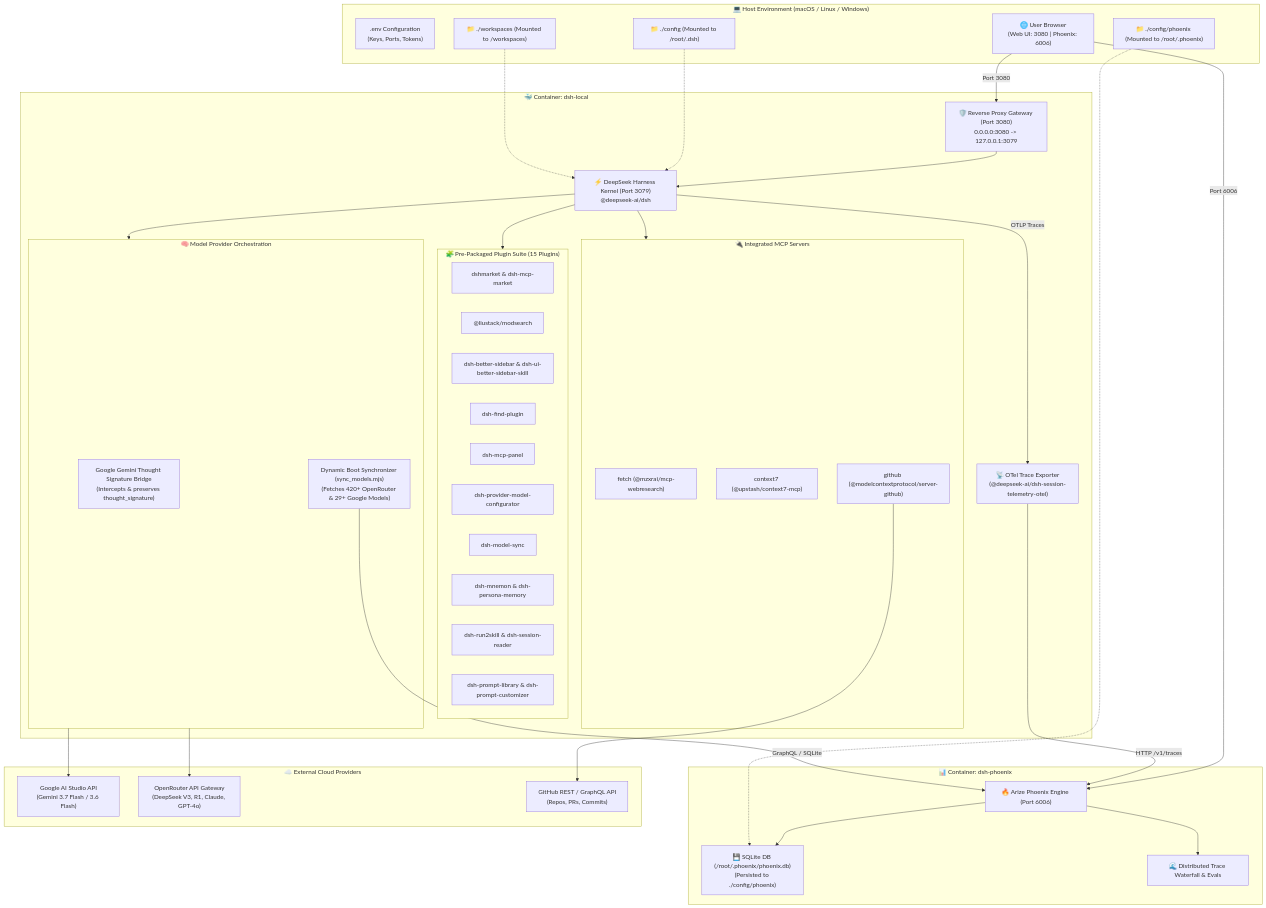
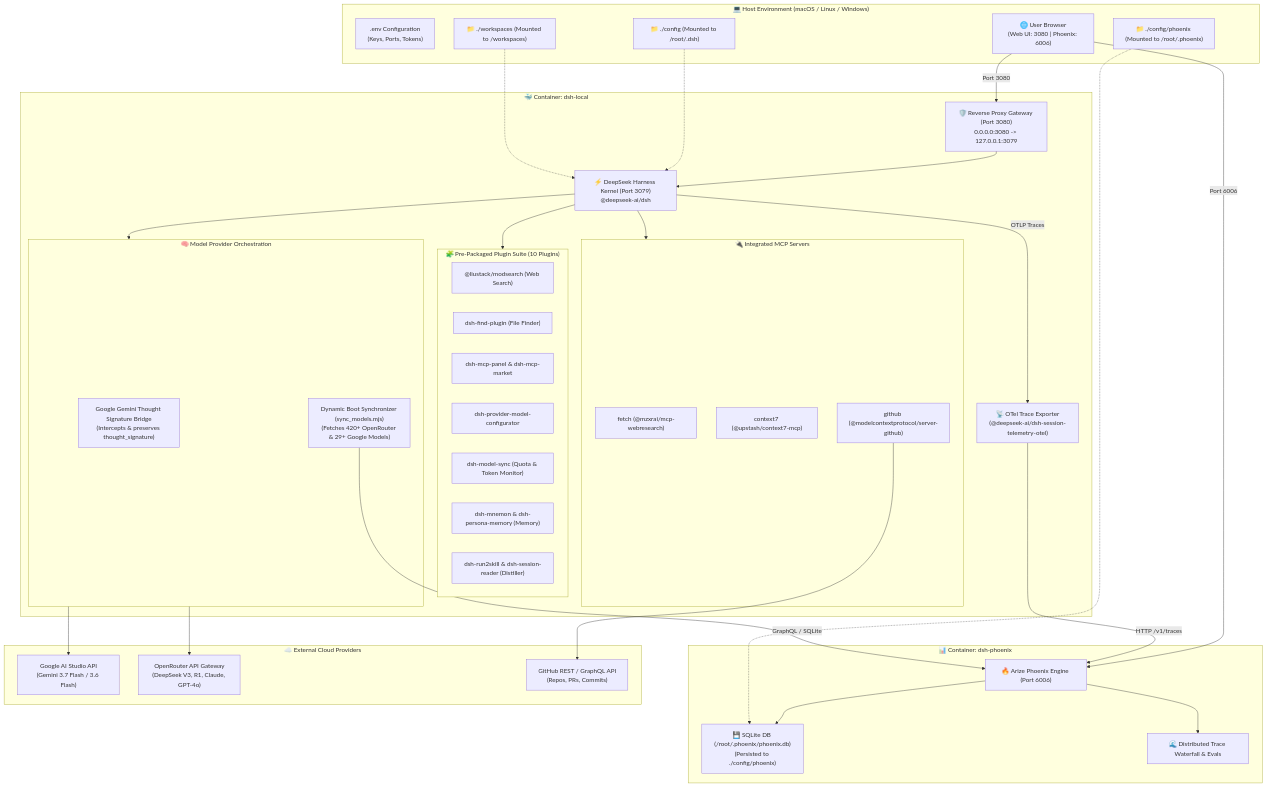
One commit to hdjebar/DSH-DDS changed the diagram in docs/architecture.md. Above: the diagram before and after it, drawn with Mermaid. The commit also changed 5 other files, not shown here.

````diff
--- a/docs/architecture.md
+++ b/docs/architecture.md
@@ -3,74 +3,71 @@
 ```mermaid
 flowchart TD
     subgraph Host ["💻 Host Environment (macOS / Linux / Windows)"]
         ENV[".env Configuration\n(Keys, Ports, Tokens)"]
         VOL_CFG["📁 ./config (Mounted to /root/.dsh)"]
         VOL_PHX["📁 ./config/phoenix (Mounted to /root/.phoenix)"]
         VOL_WS["📁 ./workspaces (Mounted to /workspaces)"]
         BROWSER["🌐 User Browser\n(Web UI: 3080 | Phoenix: 6006)"]
     end
 
     subgraph DSH_Container ["🐳 Container: dsh-local"]
         PROXY["🛡️ Reverse Proxy Gateway (Port 3080)\n0.0.0.0:3080 -> 127.0.0.1:3079"]
         CORE["⚡ DeepSeek Harness Kernel (Port 3079)\n@deepseek-ai/dsh"]
         
-        subgraph Plugins ["🧩 Pre-Packaged Plugin Suite (15 Plugins)"]
-            PLUG_MKT["dshmarket & dsh-mcp-market"]
-            PLUG_SRC["@liustack/modsearch"]
-            PLUG_SIDE["dsh-better-sidebar & dsh-ui-better-sidebar-skill"]
-            PLUG_FIND["dsh-find-plugin"]
-            PLUG_MCP_PNL["dsh-mcp-panel"]
+        subgraph Plugins ["🧩 Pre-Packaged Plugin Suite (10 Plugins)"]
+            PLUG_SRC["@liustack/modsearch (Web Search)"]
+            PLUG_FIND["dsh-find-plugin (File Finder)"]
+            PLUG_MCP_PNL["dsh-mcp-panel & dsh-mcp-market"]
             PLUG_CFG["dsh-provider-model-configurator"]
-            PLUG_SYNC["dsh-model-sync"]
-            PLUG_MNEM["dsh-mnemon & dsh-persona-memory"]
-            PLUG_DISTILL["dsh-run2skill & dsh-session-reader"]
-            PLUG_PROMPT["dsh-prompt-library & dsh-prompt-customizer"]
+            PLUG_SYNC["dsh-model-sync (Quota & Token Monitor)"]
+            PLUG_MNEM["dsh-mnemon & dsh-persona-memory (Memory)"]
+            PLUG_DISTILL["dsh-run2skill & dsh-session-reader (Distiller)"]
         end
 
         subgraph MCP_Servers ["🔌 Integrated MCP Servers"]
             MCP_FETCH["fetch (@mzxrai/mcp-webresearch)"]
             MCP_CTX["context7 (@upstash/context7-mcp)"]
             MCP_GH["github (@modelcontextprotocol/server-github)"]
         end
 
         subgraph LLM_Bridges ["🧠 Model Provider Orchestration"]
             BRIDGE_GEMINI["Google Gemini Thought Signature Bridge\n(Intercepts & preserves thought_signature)"]
             AUTO_SYNC["Dynamic Boot Synchronizer (sync_models.mjs)\n(Fetches 420+ OpenRouter & 29+ Google Models)"]
         end
 
         OTEL_EXPORTER["📡 OTel Trace Exporter\n(@deepseek-ai/dsh-session-telemetry-otel)"]
     end
 
     subgraph Phoenix_Container ["📊 Container: dsh-phoenix"]
         PHOENIX_SRV["🔥 Arize Phoenix Engine (Port 6006)"]
         SQLITE_DB["💾 SQLite DB (/root/.phoenix/phoenix.db)\n(Persisted to ./config/phoenix)"]
         TRACES["🌊 Distributed Trace Waterfall & Evals"]
     end
 
     subgraph External_APIs ["☁️ External Cloud Providers"]
         API_GEMINI["Google AI Studio API\n(Gemini 3.7 Flash / 3.6 Flash)"]
         API_OPENROUTER["OpenRouter API Gateway\n(DeepSeek V3, R1, Claude, GPT-4o)"]
         API_GITHUB["GitHub REST / GraphQL API\n(Repos, PRs, Commits)"]
     end
 
     %% Connections
     BROWSER -->|Port 3080| PROXY
     BROWSER -->|Port 6006| PHOENIX_SRV
     PROXY --> CORE
     CORE --> Plugins
     CORE --> MCP_Servers
     CORE --> LLM_Bridges
     LLM_Bridges --> API_GEMINI
     LLM_Bridges --> API_OPENROUTER
     MCP_GH --> API_GITHUB
     
     CORE -->|OTLP Traces| OTEL_EXPORTER
     OTEL_EXPORTER -->|HTTP /v1/traces| PHOENIX_SRV
     PHOENIX_SRV --> SQLITE_DB
     PHOENIX_SRV --> TRACES
     AUTO_SYNC -->|GraphQL / SQLite| PHOENIX_SRV
 
     VOL_CFG -.-> CORE
     VOL_PHX -.-> SQLITE_DB
     VOL_WS -.-> CORE
 ```
````
